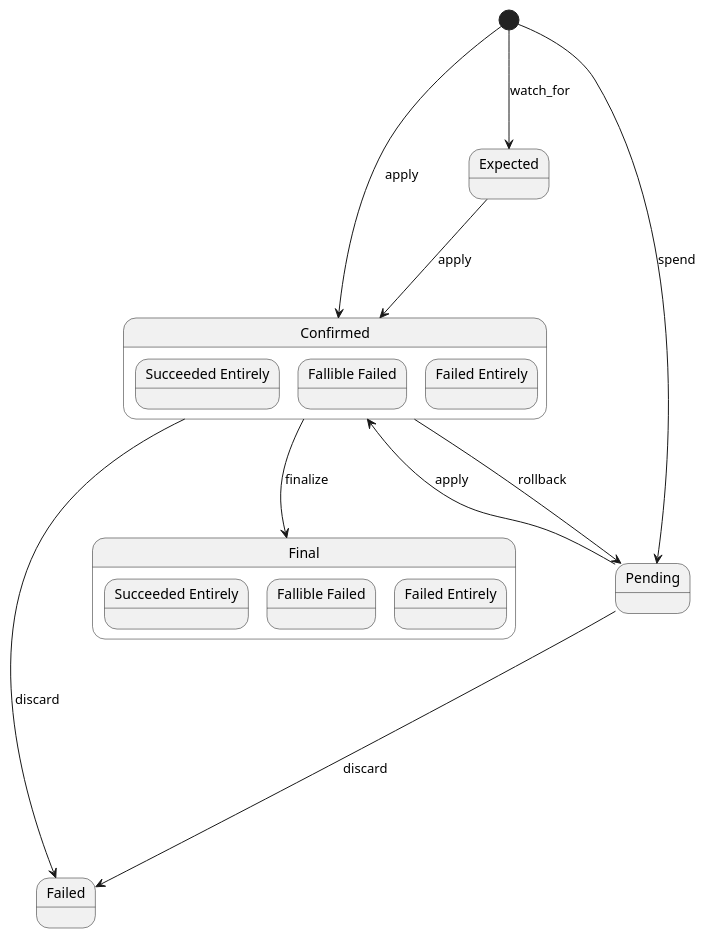
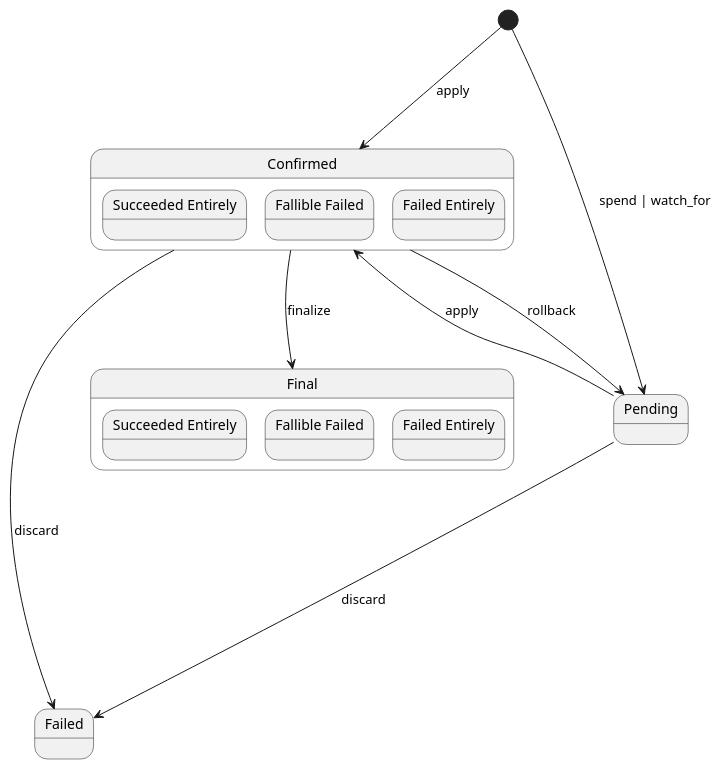
One commit to midnightntwrk/midnight-architecture changed the diagram in components/WalletEngine/tx-lifecycle.puml. Above: the diagram before and after it, drawn with PlantUML. The commit also changed 2 other files, not shown here.

Commit message:
[PM-9203] Remove unnecessary "expected" transaction status

```diff
--- a/components/WalletEngine/tx-lifecycle.puml
+++ b/components/WalletEngine/tx-lifecycle.puml
@@ -1,33 +1,30 @@
 @startuml
 
 'skinparam linetype polyline
 skinparam nodesep 100
 skinparam ranksep 100
 
 state confirmed as "Confirmed" {
   state succeededEntirely as "Succeeded Entirely"
   state failFallible as "Fallible Failed"
   state failEntirely as "Failed Entirely"
 }
 state pending as "Pending"
 
 state final as "Final" {
   state succeededEntirelyF as "Succeeded Entirely"
   state failFallibleF as "Fallible Failed"
   state failEntirelyF as "Failed Entirely"
 }
 
 state failed as "Failed"
-state expected as "Expected"
 
-[*] --> pending : spend
+[*] --> pending : spend | watch_for
 [*] --> confirmed : apply
-[*] --> expected : watch_for
-expected --> confirmed : apply
 pending --> confirmed : apply
 confirmed --> final : finalize
 confirmed --> pending : rollback
 pending ---> failed : discard
 confirmed --> failed : discard
 
 @enduml
```
